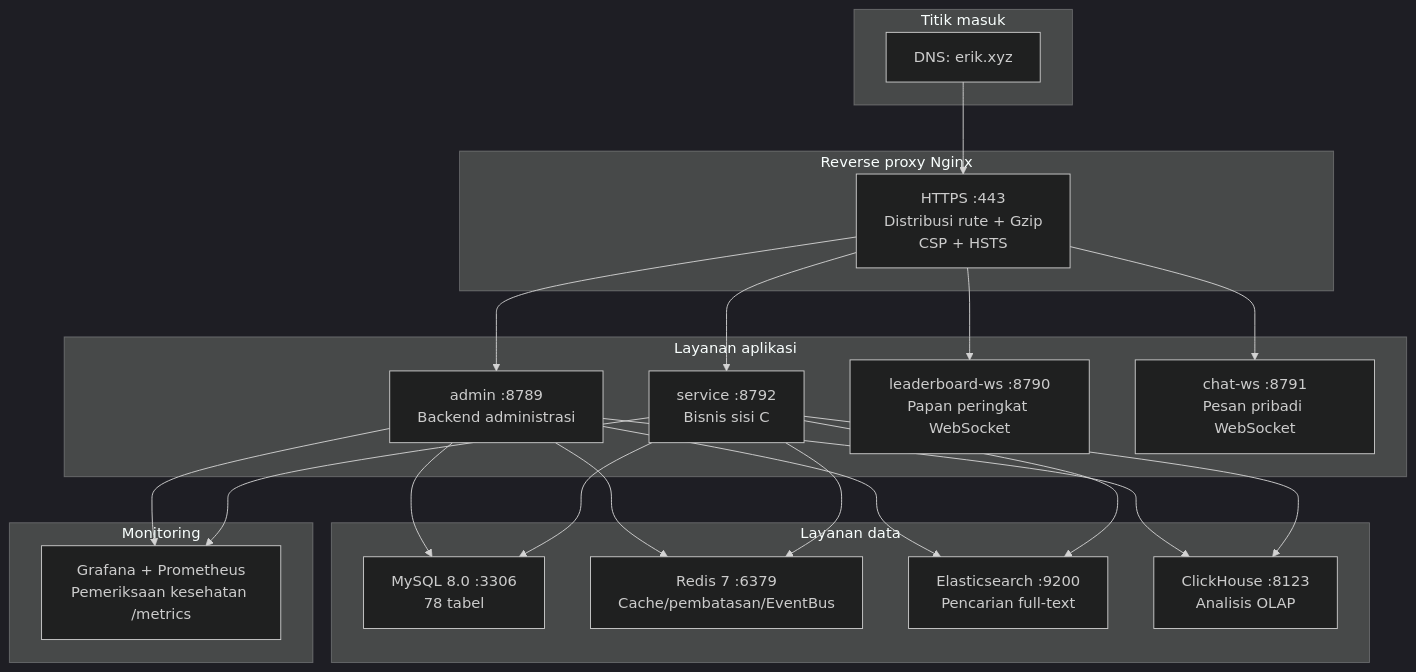
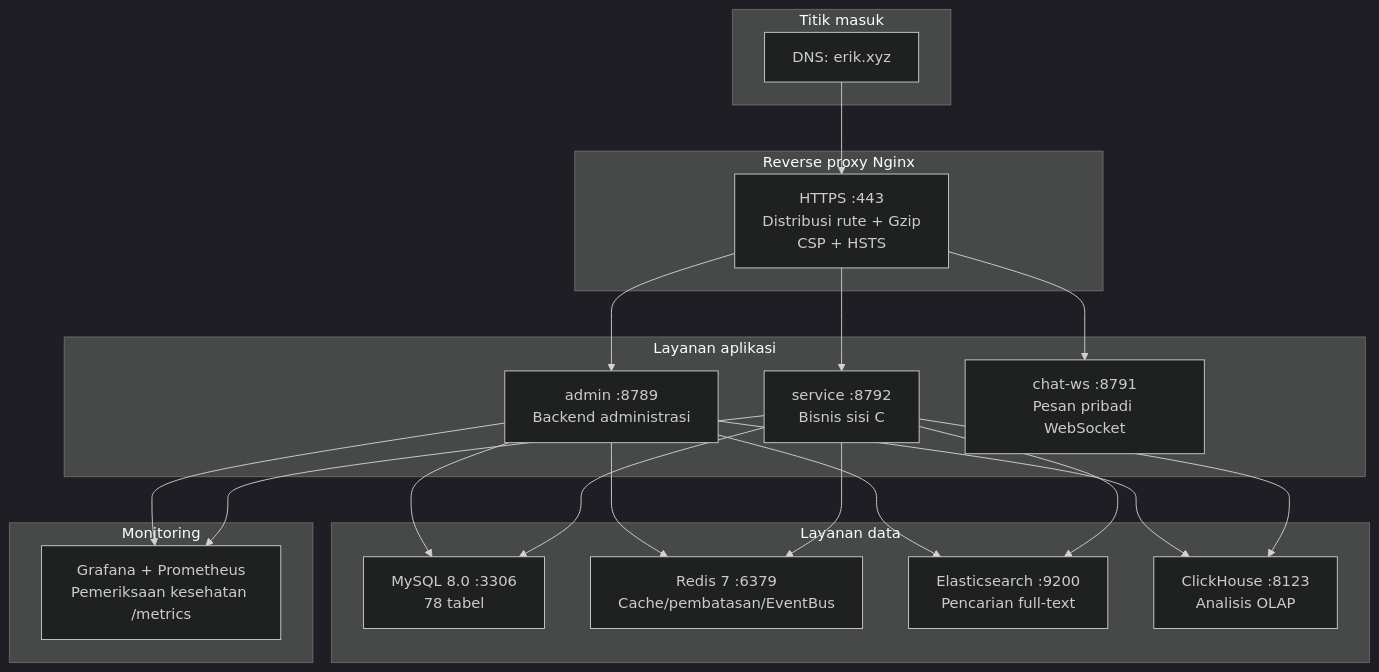
The diagram in admin/docs/diagrams/12-deployment.id.md (erikwang2013/game-platform-php), drawn with Mermaid (dark theme) before and after one commit. The commit also changed 710 other files, not shown here.

````diff
--- a/admin/docs/diagrams/12-deployment.id.md
+++ b/admin/docs/diagrams/12-deployment.id.md
@@ -7,33 +7,32 @@
 ```mermaid
 flowchart TB
     subgraph "Titik masuk"
         DNS["DNS: erik.xyz"]
     end
 
     subgraph "Reverse proxy Nginx"
         NGX["HTTPS :443<br/>Distribusi rute + Gzip<br/>CSP + HSTS"]
     end
 
     subgraph "Layanan aplikasi"
         ADM["admin :8789<br/>Backend administrasi"]
         SVC["service :8792<br/>Bisnis sisi C"]
-        LB["leaderboard-ws :8790<br/>Papan peringkat WebSocket"]
         CHAT["chat-ws :8791<br/>Pesan pribadi WebSocket"]
     end
 
     subgraph "Layanan data"
         MYSQL["MySQL 8.0 :3306<br/>78 tabel"]
         REDIS["Redis 7 :6379<br/>Cache/pembatasan/EventBus"]
         ES["Elasticsearch :9200<br/>Pencarian full-text"]
         CH["ClickHouse :8123<br/>Analisis OLAP"]
     end
 
     subgraph "Monitoring"
         MON["Grafana + Prometheus<br/>Pemeriksaan kesehatan /metrics"]
     end
 
     DNS --> NGX
-    NGX --> ADM & SVC & LB & CHAT
+    NGX --> ADM & SVC & CHAT
     ADM & SVC --> MYSQL & REDIS & ES & CH
     ADM & SVC --> MON
 ```
````
